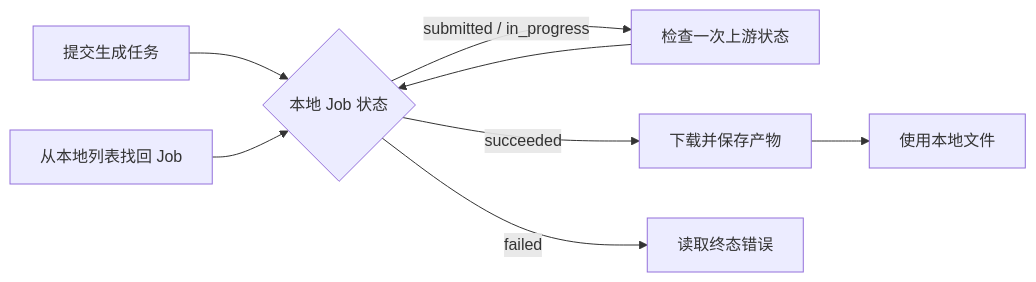
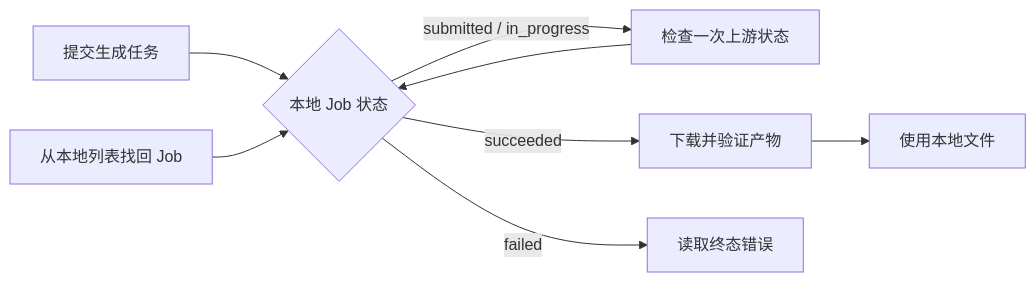
The diagram in README.zh-CN.md (NeutrinoY/modelscope-image-gen), drawn with Mermaid before and after one commit. The commit also changed other lines of this file and 7 other files, not shown here.

````diff
--- a/README.zh-CN.md
+++ b/README.zh-CN.md
@@ -131,10 +90,10 @@
 ```mermaid
 flowchart LR
     A[提交生成任务] --> B{本地 Job 状态}
     B -->|submitted / in_progress| C[检查一次上游状态]
     C --> B
-    B -->|succeeded| D[下载并保存产物]
+    B -->|succeeded| D[下载并验证产物]
     B -->|failed| E[读取终态错误]
     D --> F[使用本地文件]
     G[从本地列表找回 Job] --> B
 ```
````
